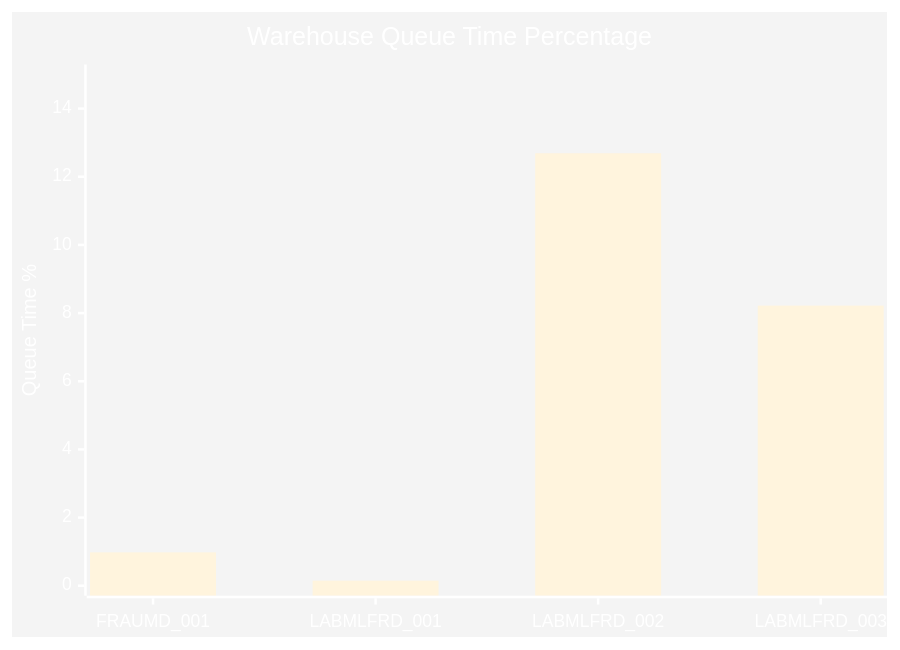
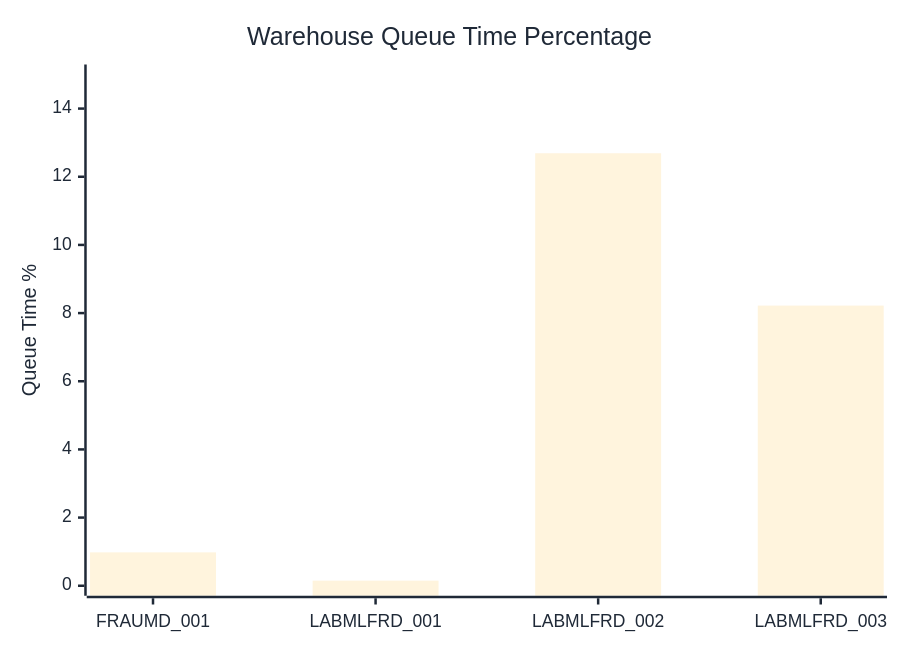
Before and after one commit to sfc-gh-mhindi/REPO_CBA: the first of 9 diagrams in WH Analysis/FRAUMD_Warehouse_Analysis_Guide.md, drawn with Mermaid. The commit also changed other lines of this file, not shown here.

First line of the commit message:
Improved chart colors for better white background readability

````diff
--- a/WH Analysis/FRAUMD_Warehouse_Analysis_Guide.md
+++ b/WH Analysis/FRAUMD_Warehouse_Analysis_Guide.md
@@ -79,8 +79,8 @@
 ```mermaid
-%%{init: {'theme':'base', 'themeVariables': { 'primaryColor': '#ff6b6b', 'primaryTextColor': '#fff', 'primaryBorderColor': '#7C0000', 'lineColor': '#F8B229', 'secondaryColor': '#006100', 'tertiaryColor': '#fff'}}}%%
+%%{init: {'theme':'base', 'themeVariables': { 'primaryColor': '#2563eb', 'primaryTextColor': '#1f2937', 'primaryBorderColor': '#1e40af', 'lineColor': '#374151', 'secondaryColor': '#10b981', 'tertiaryColor': '#f3f4f6', 'background': '#ffffff', 'fontFamily': 'Arial'}}}%%
 xychart-beta
     title "Warehouse Queue Time Percentage"
     x-axis [FRAUMD_001, LABMLFRD_001, LABMLFRD_002, LABMLFRD_003]
     y-axis "Queue Time %" 0 --> 15
     bar [0.98, 0.15, 12.69, 8.22]
 ```
````
